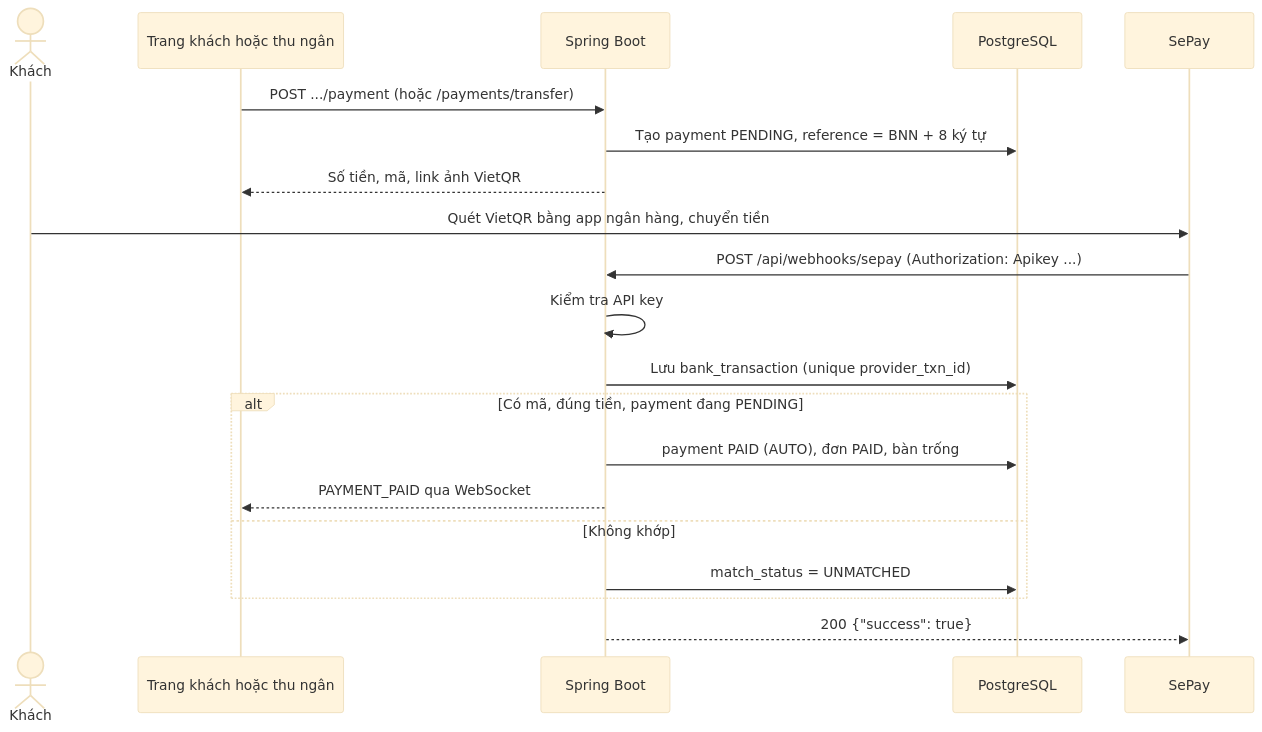
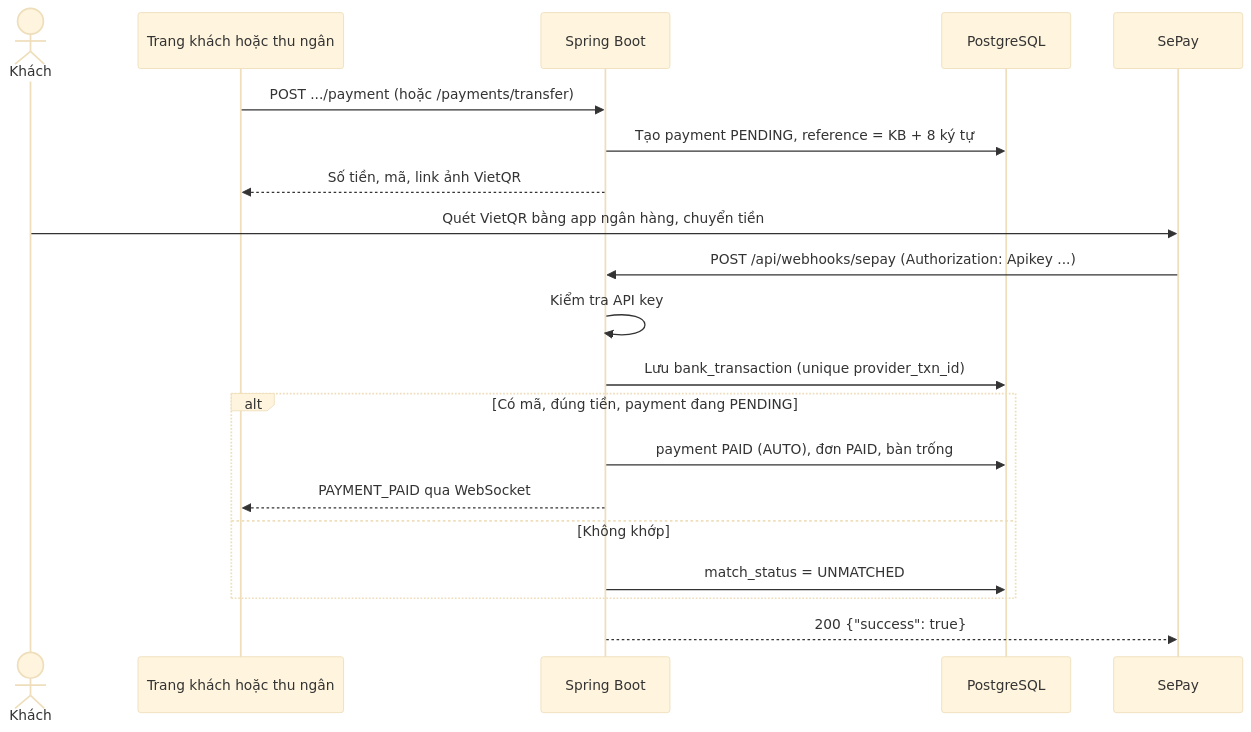
Before and after one commit to Anpham120/restaurant-management-system: the second of 2 diagrams in docs-core/08-thiet-ke-he-thong.md, drawn with Mermaid (base theme). The commit also changed other lines of this file and 24 other files, not shown here.

````diff
--- a/docs-core/08-thiet-ke-he-thong.md
+++ b/docs-core/08-thiet-ke-he-thong.md
@@ -179,22 +179,22 @@
 ```mermaid
 sequenceDiagram
     actor K as Khách
     participant FE as Trang khách hoặc thu ngân
     participant API as Spring Boot
     participant DB as PostgreSQL
     participant SP as SePay
     FE->>API: POST .../payment (hoặc /payments/transfer)
-    API->>DB: Tạo payment PENDING, reference = BNN + 8 ký tự
+    API->>DB: Tạo payment PENDING, reference = KB + 8 ký tự
     API-->>FE: Số tiền, mã, link ảnh VietQR
     K->>SP: Quét VietQR bằng app ngân hàng, chuyển tiền
     SP->>API: POST /api/webhooks/sepay (Authorization: Apikey ...)
     API->>API: Kiểm tra API key
     API->>DB: Lưu bank_transaction (unique provider_txn_id)
     alt Có mã, đúng tiền, payment đang PENDING
         API->>DB: payment PAID (AUTO), đơn PAID, bàn trống
         API-->>FE: PAYMENT_PAID qua WebSocket
     else Không khớp
         API->>DB: match_status = UNMATCHED
     end
     API-->>SP: 200 {"success": true}
 ```
````
